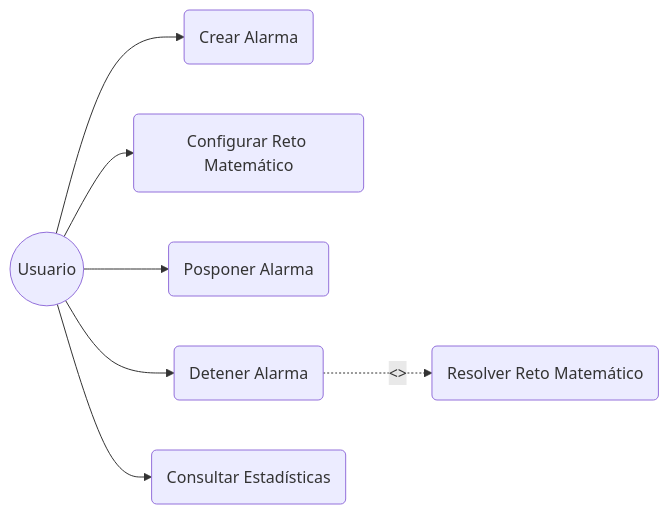
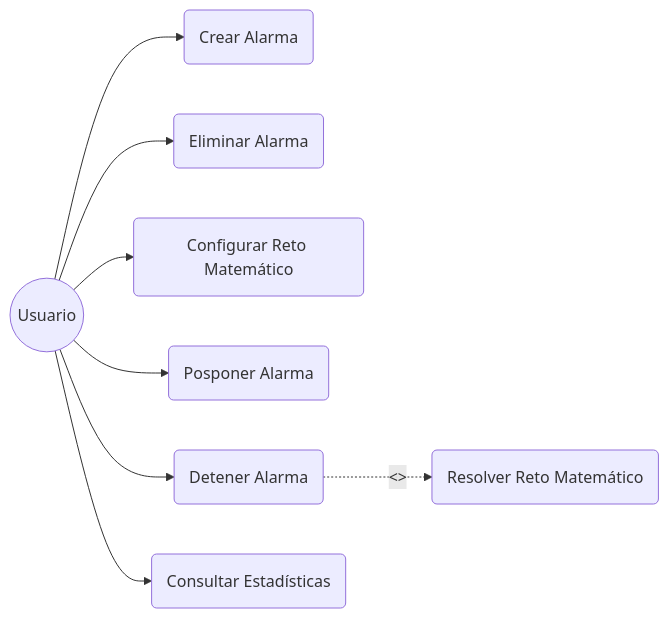
One commit to adrianenglish2021-oss/TrabajoFinalEntornos changed the second of 2 diagrams in README.md. Above: the diagram before and after it, drawn with Mermaid.

Commit message:
fix: anadir caso de uso eliminar alarma al diagrama

````diff
--- a/README.md
+++ b/README.md
@@ -94,19 +94,21 @@
 ```mermaid
 graph LR
     U((Usuario))
     
     A(Crear Alarma)
-    B(Configurar Reto Matemático)
-    C(Posponer Alarma)
-    D(Detener Alarma)
-    E(Consultar Estadísticas)
-    F(Resolver Reto Matemático)
+    B(Eliminar Alarma)
+    C(Configurar Reto Matemático)
+    D(Posponer Alarma)
+    E(Detener Alarma)
+    F(Consultar Estadísticas)
+    G(Resolver Reto Matemático)
 
     U --> A
     U --> B
     U --> C
     U --> D
     U --> E
+    U --> F
 
-    D -.->|<<extend>>| F
+    E -.->|<<extend>>| G
 ```
````
